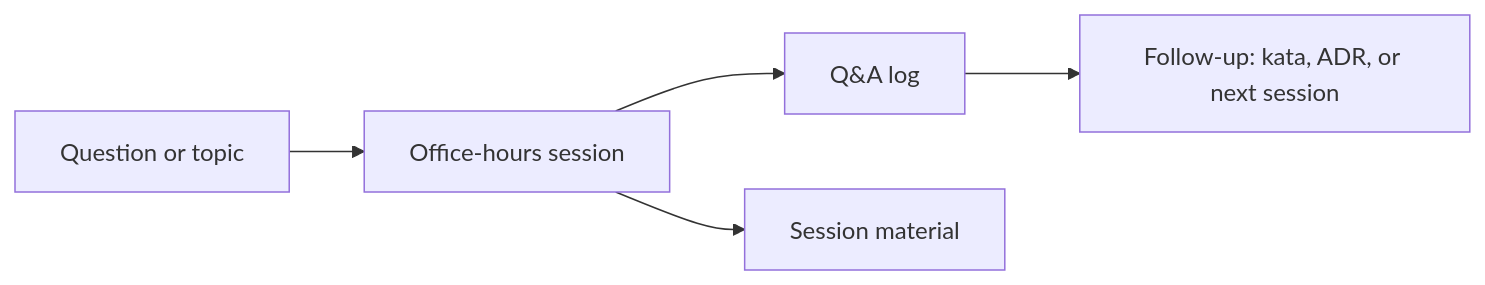
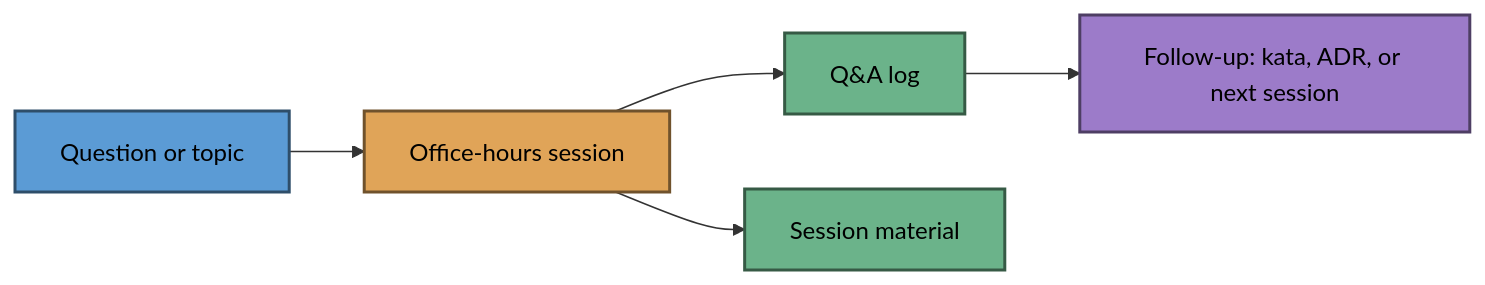
Before and after one commit to Blackbaud-ViswanathaSwamyPK/office-hours: the diagram in README.md, drawn with Mermaid. The commit also changed 7 other files, not shown here.

````diff
--- a/README.md
+++ b/README.md
@@ -26,7 +26,16 @@
 ```mermaid
 flowchart LR
     question["Question or topic"] --> session["Office-hours session"]
     session --> notes["Q&A log"]
     session --> material["Session material"]
     notes --> followup["Follow-up: kata, ADR, or next session"]
+
+    classDef inputRole fill:#5B9BD5,stroke:#2E4E6A,stroke-width:2px,color:#000000
+    classDef activityRole fill:#E0A458,stroke:#70522C,stroke-width:2px,color:#000000
+    classDef outputRole fill:#6BB38A,stroke:#365A45,stroke-width:2px,color:#000000
+    classDef nextRole fill:#9C7BC9,stroke:#4E3E64,stroke-width:2px,color:#000000
+    class question inputRole
+    class session activityRole
+    class notes,material outputRole
+    class followup nextRole
 ```
````
